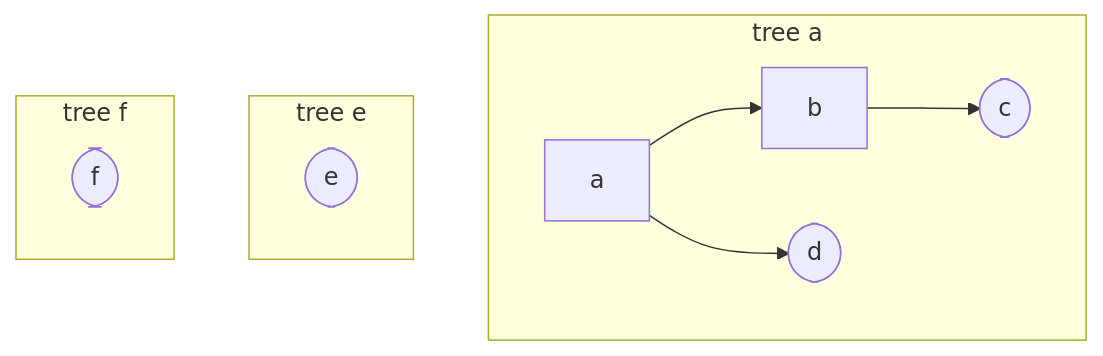
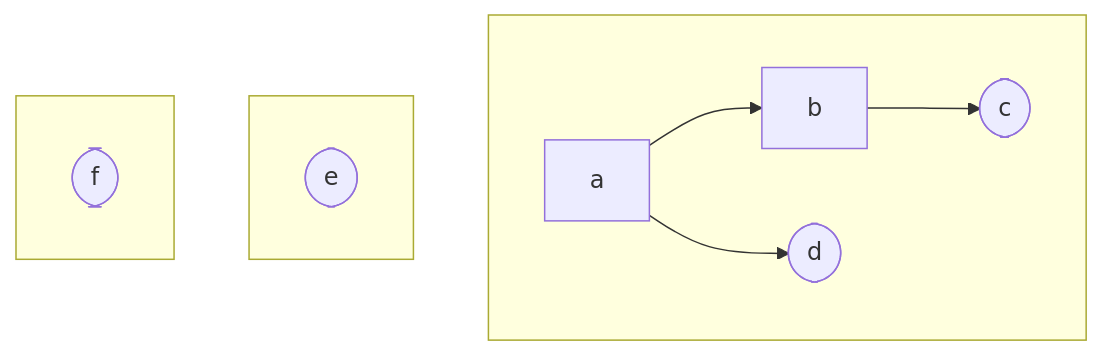
The first of 3 diagrams in docs/source/concepts/key_forest.rst (biface/ndt), drawn with Mermaid before and after one commit. The commit also changed 26 other files, not shown here.

```diff
--- a/docs/source/concepts/key_forest.rst
+++ b/docs/source/concepts/key_forest.rst
@@ -21,14 +21,14 @@
 .. mermaid::
 
     flowchart TD
-        subgraph ta [tree a]
+        subgraph ta [" "]
             a[a] --> ab[b]
             ab --> abc([c])
             a --> ad([d])
         end
-        subgraph te [tree e]
+        subgraph te [" "]
             e([e])
         end
-        subgraph tf [tree f]
+        subgraph tf [" "]
             f([f])
         end
```
